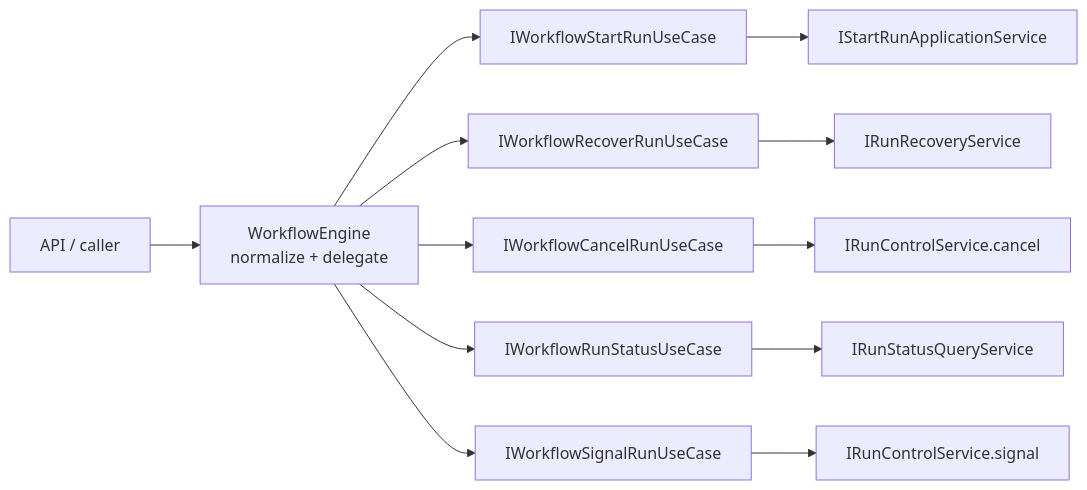
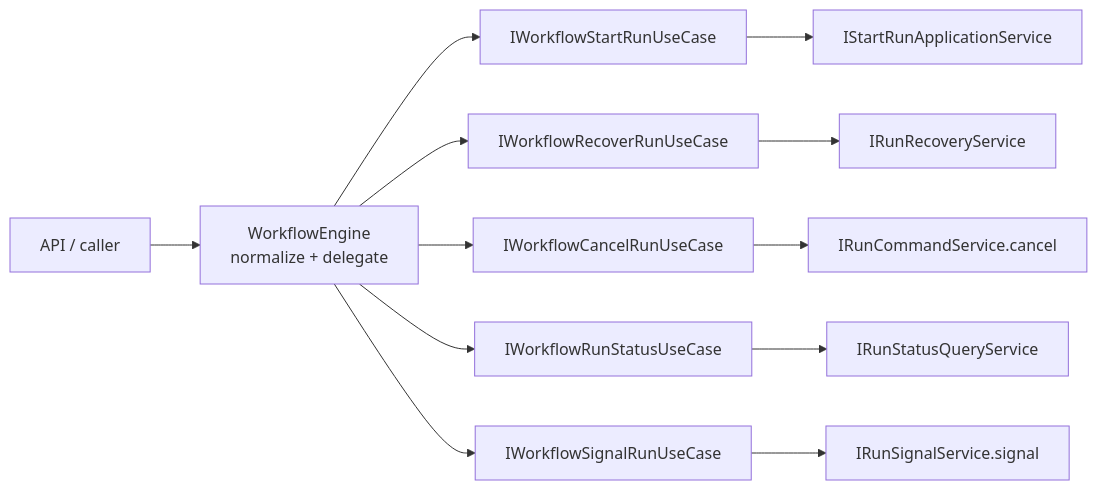
Before and after one commit to dunay2/dvt: the first of 2 diagrams in docs/architecture/components/engine/architecture/workflow-engine-facade-use-cases-component.md, drawn with Mermaid. The commit also changed other lines of this file and 28 other files, not shown here.

Commit message:
refactor(engine): Split runtime command and signal paths

````diff
--- a/docs/architecture/components/engine/architecture/workflow-engine-facade-use-cases-component.md
+++ b/docs/architecture/components/engine/architecture/workflow-engine-facade-use-cases-component.md
@@ -75,15 +76,15 @@
 ```mermaid
 flowchart LR
   Caller["API / caller"] --> Facade["WorkflowEngine<br/>normalize + delegate"]
   Facade --> Start["IWorkflowStartRunUseCase"]
   Facade --> Recover["IWorkflowRecoverRunUseCase"]
   Facade --> Cancel["IWorkflowCancelRunUseCase"]
   Facade --> Status["IWorkflowRunStatusUseCase"]
   Facade --> Signal["IWorkflowSignalRunUseCase"]
 
   Start --> StartApp["IStartRunApplicationService"]
   Recover --> RecoverySvc["IRunRecoveryService"]
-  Cancel --> ControlSvc["IRunControlService.cancel"]
-  Signal --> ControlSignal["IRunControlService.signal"]
+  Cancel --> CommandSvc["IRunCommandService.cancel"]
+  Signal --> SignalSvc["IRunSignalService.signal"]
   Status --> QuerySvc["IRunStatusQueryService"]
 ```
````
